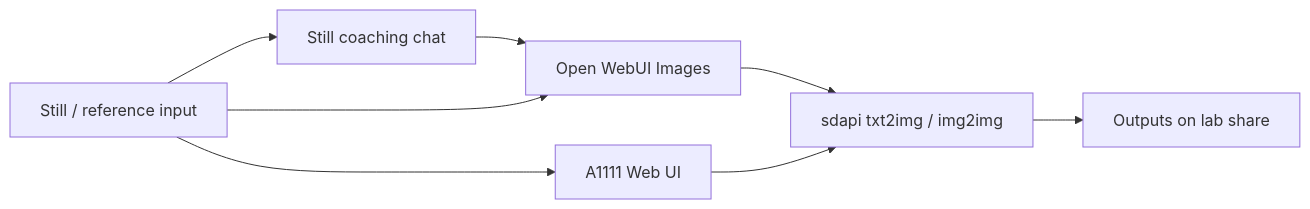
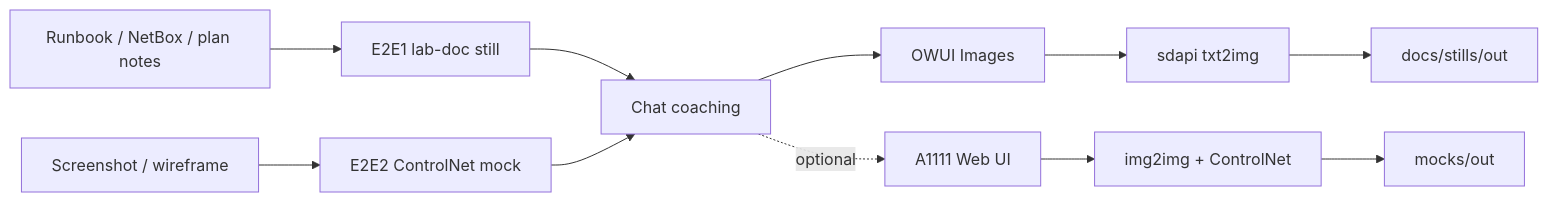
Before and after one commit to doesitscript/dotfile-vnext: the second of 3 diagrams in docs/plans/2026-08-06--automatic1111-lab-setup-diagrams-implemented/README.md, drawn with Mermaid. The commit also changed other lines of this file and 107 other files, not shown here.

Commit message:
docs(plans): move lab diagrams into plan packets

````diff
--- a/docs/plans/2026-08-06--automatic1111-lab-setup-diagrams-implemented/README.md
+++ b/docs/plans/2026-08-06--automatic1111-lab-setup-diagrams-implemented/README.md
@@ -131,17 +181,13 @@
 ```mermaid
 flowchart LR
-  stillIn[Still / reference input]
-  coach[Still coaching chat]
-  images[Open WebUI Images]
-  direct[A1111 Web UI]
-  api[sdapi txt2img / img2img]
-  out[Outputs on lab share]
-
-  stillIn --> coach
-  coach --> images
-  stillIn --> images
-  stillIn --> direct
-  images --> api
-  direct --> api
-  api --> out
+  notes[Runbook / NetBox / plan notes] --> s1[E2E1 lab-doc still]
+  ref[Screenshot / wireframe] --> s2[E2E2 ControlNet mock]
+  s1 --> coach[Chat coaching]
+  s2 --> coach
+  coach --> images[OWUI Images]
+  coach -.->|optional| direct[A1111 Web UI]
+  images --> api[sdapi txt2img]
+  direct --> cn[img2img + ControlNet]
+  api --> docOut[docs/stills/out]
+  cn --> mockOut[mocks/out]
 ```
````
